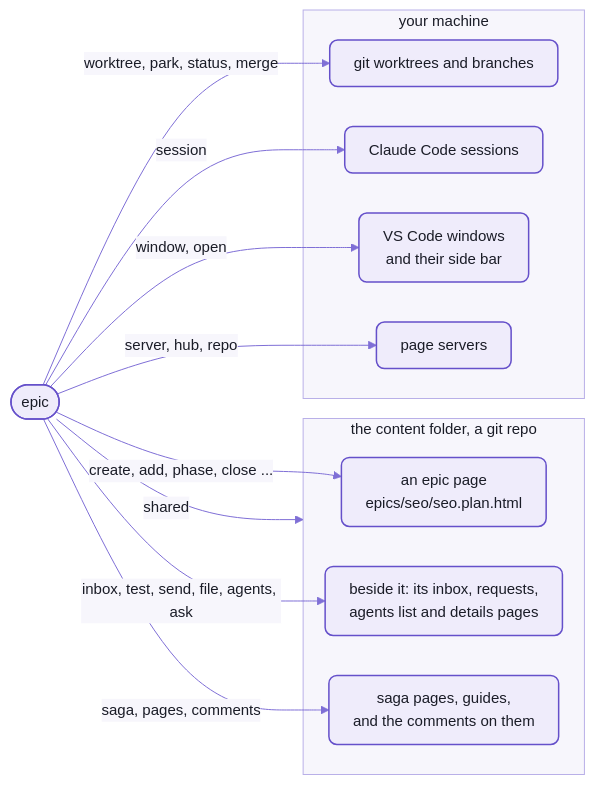
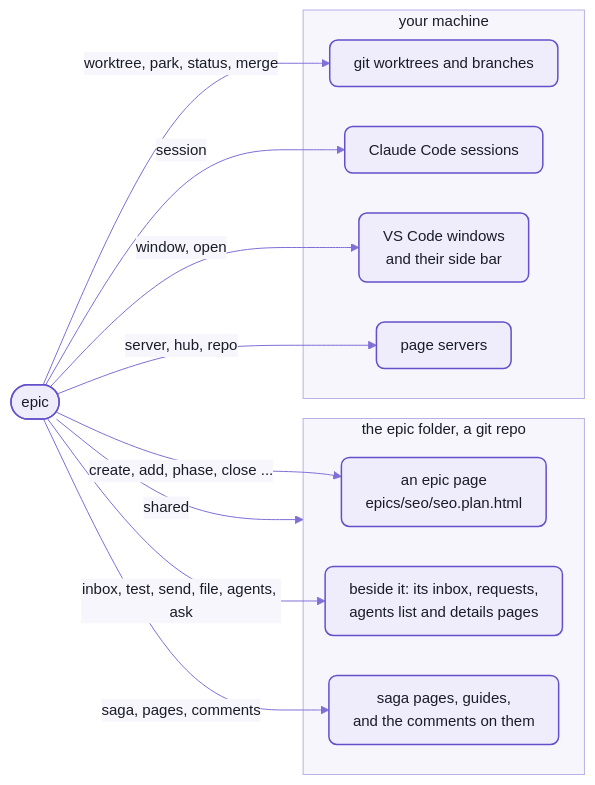
The second of 2 diagrams in epic/README-cli.md (spell-app/spell), drawn with Mermaid before and after one commit. The commit also changed other lines of this file and 221 other files, not shown here.

````diff
--- a/epic/README-cli.md
+++ b/epic/README-cli.md
@@ -240,26 +240,26 @@
 ```mermaid
 %%{init: {"theme":"base","themeVariables":{"fontFamily":"-apple-system, BlinkMacSystemFont, Segoe UI, Helvetica, Arial, sans-serif","fontSize":"15px","primaryColor":"#EFECFB","primaryBorderColor":"#6550CA","primaryTextColor":"#1A1C27","secondaryColor":"#F4F1E9","tertiaryColor":"#F7F6FC","lineColor":"#7F6FD6","textColor":"#7F6FD6","clusterBkg":"#F7F6FC","clusterBorder":"#B9B0E8","titleColor":"#1A1C27","edgeLabelBackground":"#F7F6FC","actorBkg":"#EFECFB","actorBorder":"#6550CA","actorTextColor":"#1A1C27","actorLineColor":"#9C90DE","signalColor":"#7F6FD6","signalTextColor":"#7F6FD6","labelBoxBkgColor":"#EFECFB","labelBoxBorderColor":"#6550CA","labelTextColor":"#1A1C27","loopTextColor":"#7F6FD6","noteBkgColor":"#F1E7D4","noteBorderColor":"#C9B48A","noteTextColor":"#1A1C27","activationBkgColor":"#DCD6F7","activationBorderColor":"#6550CA","sequenceNumberColor":"#FFFFFF"},"flowchart":{"curve":"basis","padding":12,"nodeSpacing":40,"rankSpacing":44}}}%%
 flowchart LR
   epic(["epic"])
-  subgraph content ["the content folder, a git repo"]
+  subgraph content ["the epic folder, a git repo"]
     page["an epic page<br/>epics/seo/seo.plan.html"]
     beside["beside it:  its inbox, requests,<br/>agents list and details pages"]
     docs["saga pages, guides,<br/>and the comments on them"]
   end
   subgraph machine ["your machine"]
     git["git worktrees and branches"]
     claude["Claude Code sessions"]
     vscode["VS Code windows<br/>and their side bar"]
     servers["page servers"]
   end
   epic -->|"create, add, phase, close ..."| page
   epic -->|"inbox, test, send, file, agents, ask"| beside
   epic -->|"saga, pages, comments"| docs
   epic -->|"shared"| content
   epic -->|"worktree, park, status, merge"| git
   epic -->|"session"| claude
   epic -->|"window, open"| vscode
   epic -->|"server, hub, repo"| servers
   %% the Spell look:  yarn mermaid:pretty
   classDef default fill:#EFECFB,stroke:#6550CA,stroke-width:1.5px,color:#1A1C27,rx:8px,ry:8px
 ```
````
